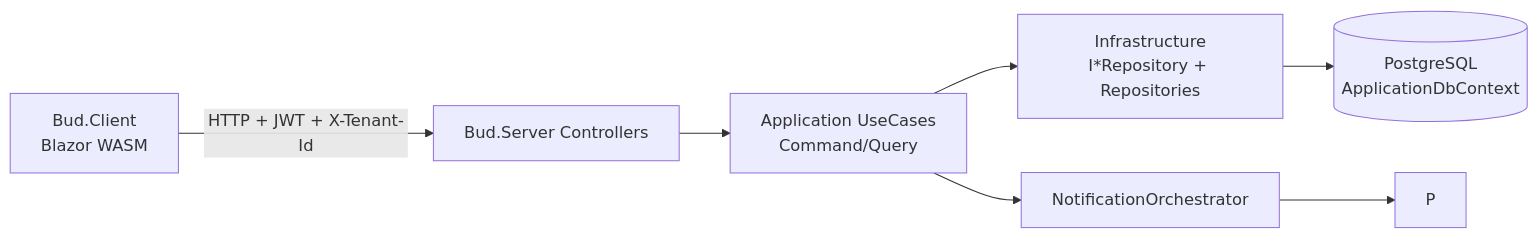
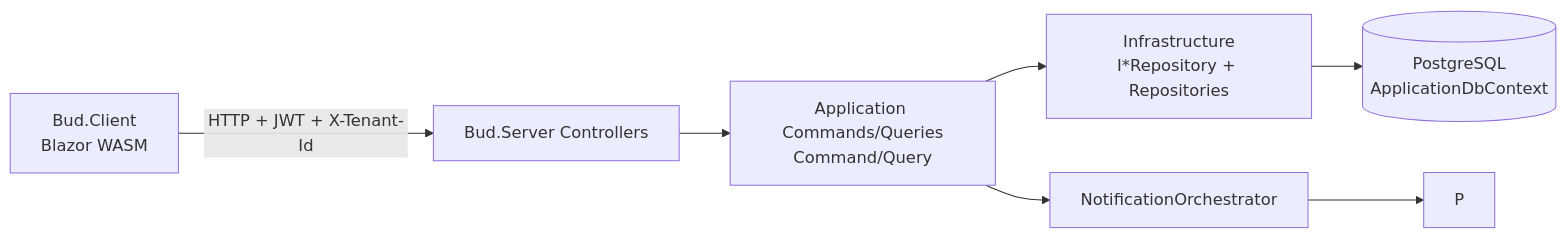
The first of 10 diagrams in README.md (dsbraz/bud), drawn with Mermaid before and after one commit. The commit also changed other lines of this file and 155 other files, not shown here.

Commit message:
refactor: migrate application use cases to commands and queries

````diff
--- a/README.md
+++ b/README.md
@@ -122,9 +122,9 @@
 ```mermaid
 flowchart LR
     A[Bud.Client<br/>Blazor WASM] -->|HTTP + JWT + X-Tenant-Id| B[Bud.Server Controllers]
-    B --> C[Application UseCases<br/>Command/Query]
+    B --> C[Application Commands/Queries<br/>Command/Query]
     C --> R[Infrastructure<br/>I*Repository + Repositories]
     R --> E[(PostgreSQL<br/>ApplicationDbContext)]
     C --> N[NotificationOrchestrator]
     N --> P
 ```
````
